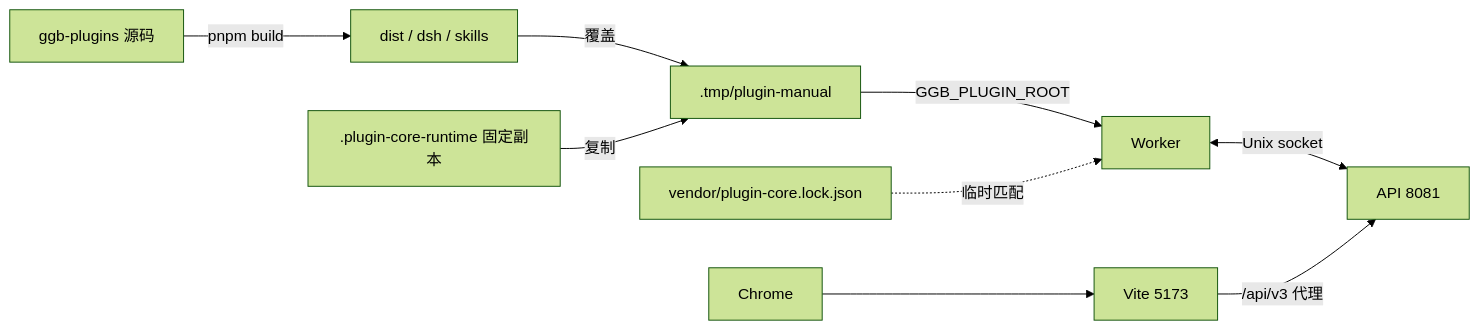
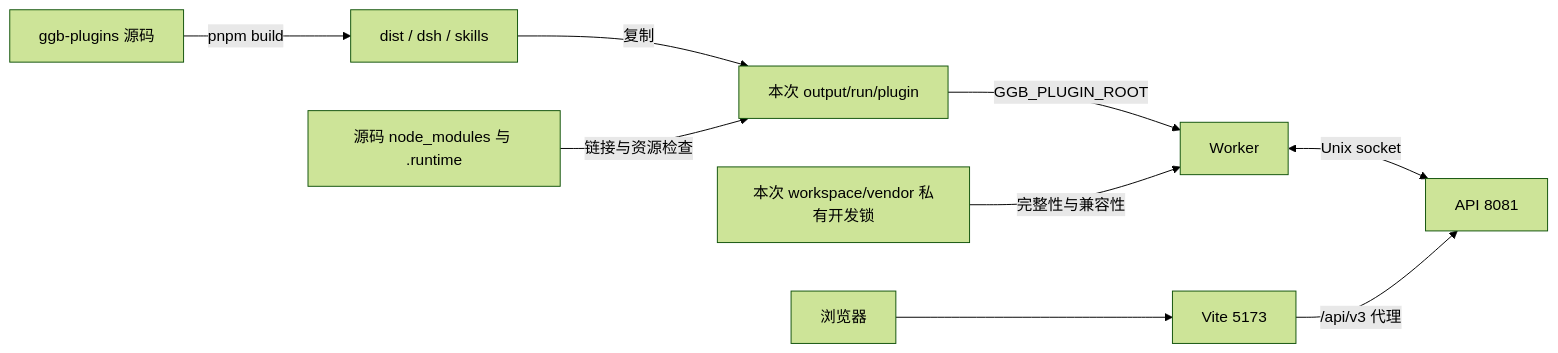
The first of 2 diagrams in docs/ggb-dsh-plugin-manual-verification.md (Jack7510/gpt_ggb), drawn with Mermaid (forest theme) before and after one commit. The commit also changed other lines of this file and 6 other files, not shown here.

````diff
--- a/docs/ggb-dsh-plugin-manual-verification.md
+++ b/docs/ggb-dsh-plugin-manual-verification.md
@@ -37,11 +37,11 @@
 ```mermaid
 flowchart LR
   A[ggb-plugins 源码] -->|pnpm build| B[dist / dsh / skills]
-  B -->|覆盖| C[.tmp/plugin-manual]
-  D[.plugin-core-runtime 固定副本] -->|复制| C
+  B -->|复制| C[本次 output/run/plugin]
+  D[源码 node_modules 与 .runtime] -->|链接与资源检查| C
   C -->|GGB_PLUGIN_ROOT| E[Worker]
+  I[本次 workspace/vendor 私有开发锁] -->|完整性与兼容性| E
   E <-->|Unix socket| F[API 8081]
   G[Vite 5173] -->|/api/v3 代理| F
-  H[Chrome] --> G
-  I[vendor/plugin-core.lock.json] -.临时匹配.-> E
+  H[浏览器] --> G
 ```
````
